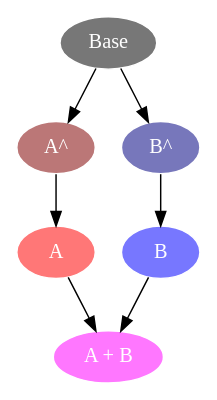
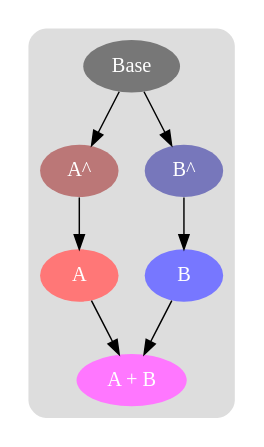
The diagram in site/images/merge.dot (yairchu/yairchu.github.io), drawn with Graphviz before and after one commit. The commit also changed 4 other files, not shown here.

Commit message:
improved diagrams for sub-rebase

```diff
--- a/site/images/merge.dot
+++ b/site/images/merge.dot
@@ -1,19 +1,23 @@
 digraph {
-    bgcolor="invis"
+    bgcolor=invis
+    graph [color=invis style=rounded]
+    subgraph cluster_all
+    {
+        bgcolor="#dddddd"
+        node [style="filled" fontcolor="white" color=invis]
 
-    node [style="filled" fontcolor="white", color="white"]
+        Base [fillcolor="#777777"]
+        A1 [fillcolor="#BB7777" label="A^"]
+        A [fillcolor="#FF7777"]
+        B1 [fillcolor="#7777BB" label="B^"]
+        B [fillcolor="#7777FF"]
+        AB [fillcolor="#FF77FF" label="A + B"]
 
-    Base [fillcolor="#777777"]
-    A1 [fillcolor="#BB7777" label="A^"]
-    A [fillcolor="#FF7777"]
-    B1 [fillcolor="#7777BB" label="B^"]
-    B [fillcolor="#7777FF"]
-    AB [fillcolor="#FF77FF" label="A + B"]
-
-    Base -> A1
-    A1 -> A
-    Base -> B1
-    B1 -> B
-    A -> AB
-    B -> AB
+        Base -> A1
+        A1 -> A
+        Base -> B1
+        B1 -> B
+        A -> AB
+        B -> AB
+    }
 }
```
